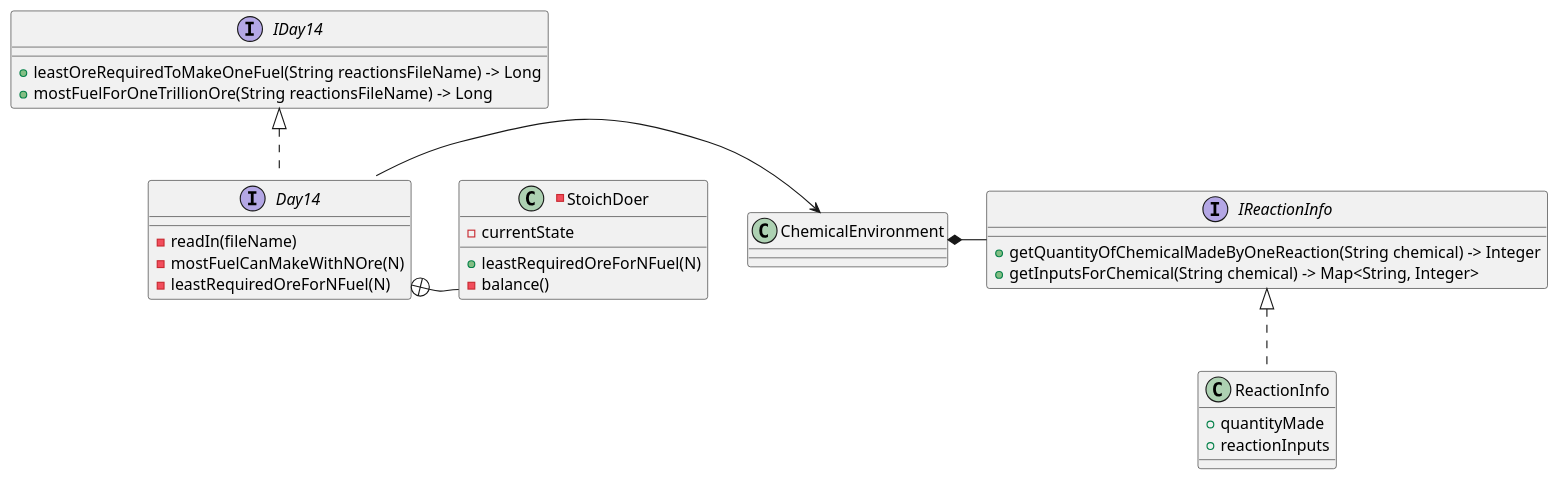
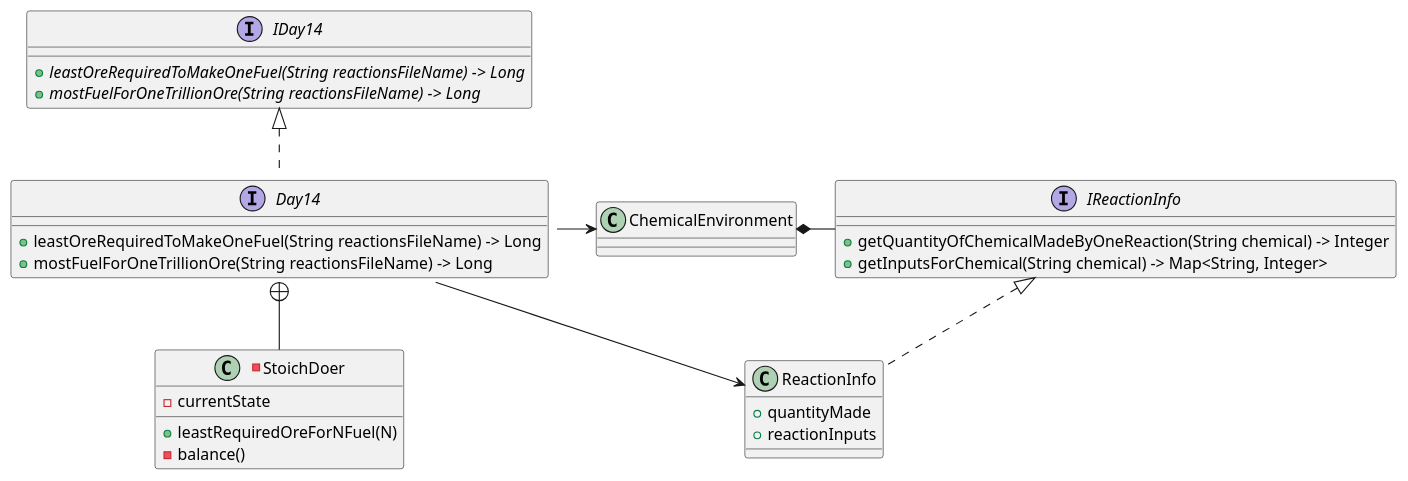
Before and after one commit to jdbr827/AdventOfCode_2019_Java: the diagram in src/year_2019/day14/day_14_uml.puml, drawn with PlantUML. The commit also changed 3 other files, not shown here.

```diff
--- a/src/year_2019/day14/day_14_uml.puml
+++ b/src/year_2019/day14/day_14_uml.puml
@@ -1,48 +1,50 @@
 @startuml
 'https://plantuml.com/class-diagram
 
 
 
 class ReactionInfo {
 + quantityMade
 + reactionInputs
 }
 
 -class StoichDoer {
 +leastRequiredOreForNFuel(N)
 - currentState
 - balance()
 }
 
 interface IReactionInfo {
 +getQuantityOfChemicalMadeByOneReaction(String chemical) -> Integer
 +getInputsForChemical(String chemical) -> Map<String, Integer>
 }
 
 interface IDay14 {
-+leastOreRequiredToMakeOneFuel(String reactionsFileName) -> Long
-+mostFuelForOneTrillionOre(String reactionsFileName) -> Long
++{abstract}leastOreRequiredToMakeOneFuel(String reactionsFileName) -> Long
++{abstract}mostFuelForOneTrillionOre(String reactionsFileName) -> Long
 
 }
 
 interface Day14 {
--readIn(fileName)
--mostFuelCanMakeWithNOre(N)
--leastRequiredOreForNFuel(N)
++leastOreRequiredToMakeOneFuel(String reactionsFileName) -> Long
++mostFuelForOneTrillionOre(String reactionsFileName) -> Long
 
 }
 
 Class ChemicalEnvironment {
 }
 
 
 IDay14 <|.. Day14
-Day14 -> ChemicalEnvironment
+
 ChemicalEnvironment *- IReactionInfo
 IReactionInfo <|.. ReactionInfo
+Day14 -> ChemicalEnvironment
+Day14 -> ReactionInfo
 
 
 
-Day14::leastRequiredOreForNFuel +-StoichDoer
+Day14::leastRequiredOreForNFuel +--StoichDoer
+
 
 @enduml
```
